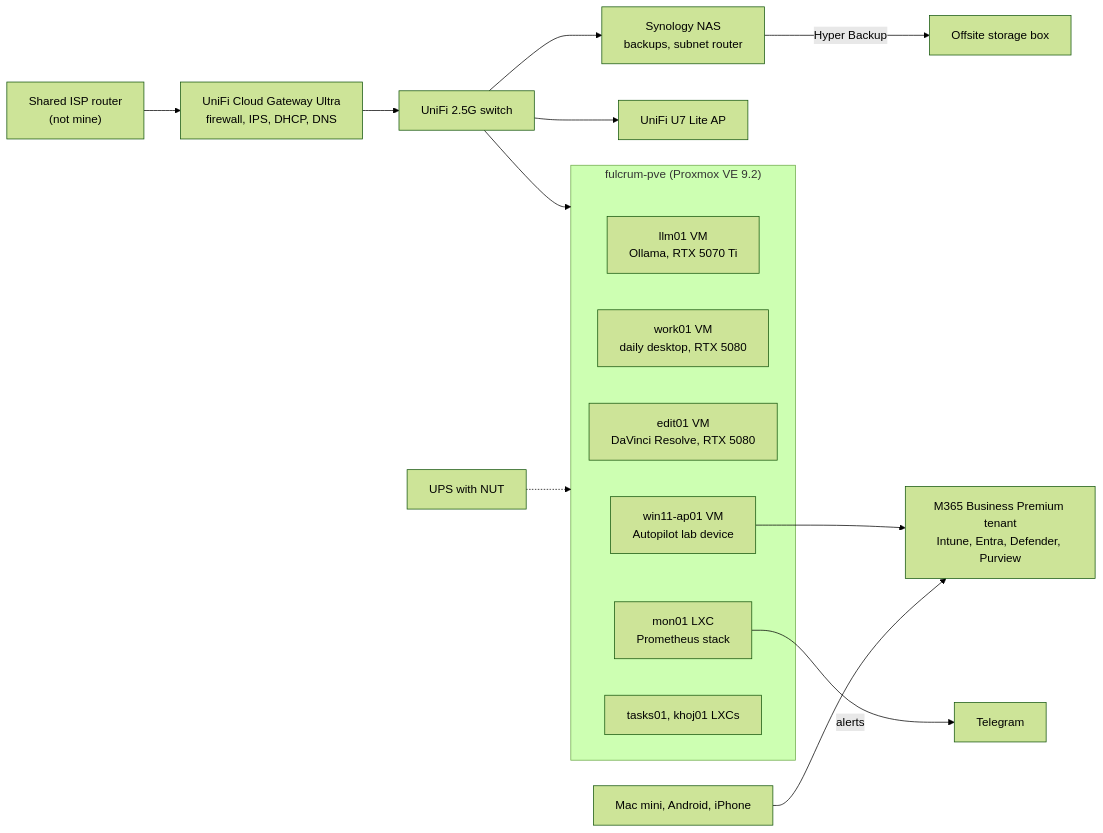
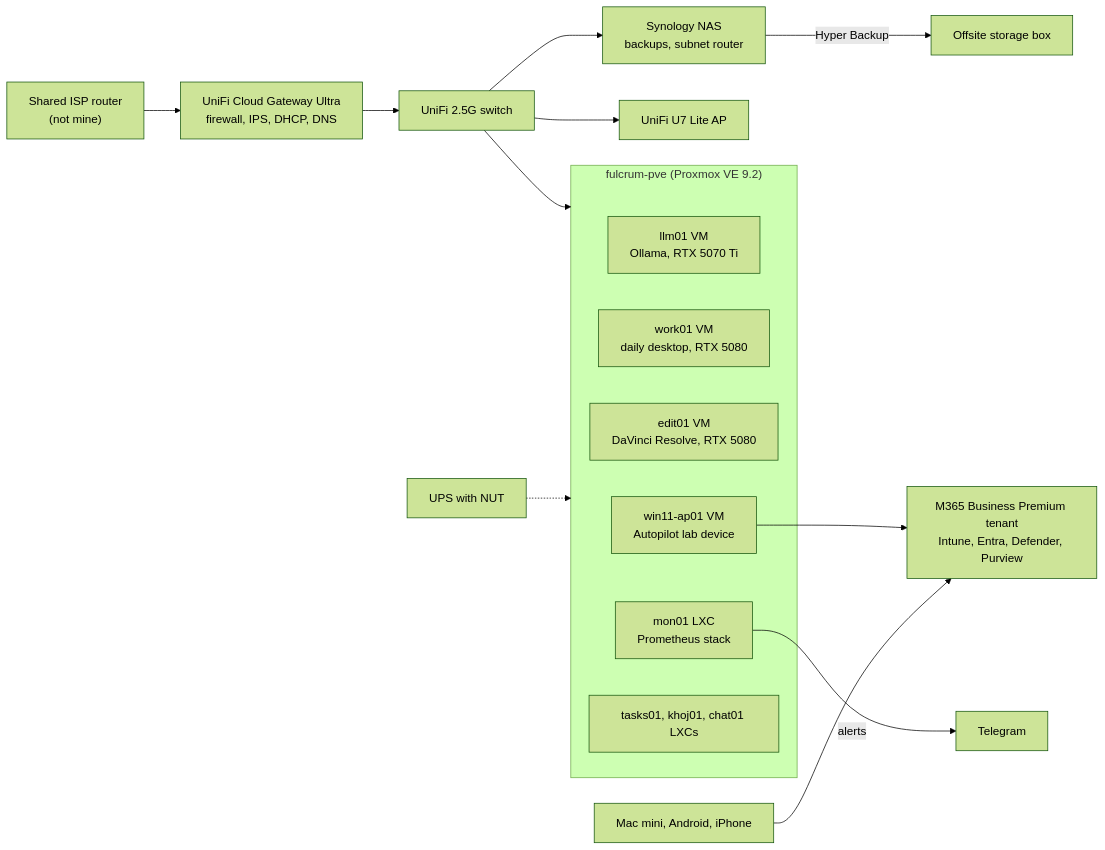
Before and after one commit to jacobollis/homelab: the diagram in README.md, drawn with Mermaid (forest theme). The commit also changed other lines of this file and 7 other files, not shown here.

````diff
--- a/README.md
+++ b/README.md
@@ -32,21 +32,21 @@
 ```mermaid
 flowchart LR
   isp["Shared ISP router<br/>(not mine)"] --> gw["UniFi Cloud Gateway Ultra<br/>firewall, IPS, DHCP, DNS"]
   gw --> sw["UniFi 2.5G switch"]
   sw --> ap["UniFi U7 Lite AP"]
   subgraph host["fulcrum-pve (Proxmox VE 9.2)"]
     llm01["llm01 VM<br/>Ollama, RTX 5070 Ti"]
     work01["work01 VM<br/>daily desktop, RTX 5080"]
     edit01["edit01 VM<br/>DaVinci Resolve, RTX 5080"]
     ap01["win11-ap01 VM<br/>Autopilot lab device"]
     mon01["mon01 LXC<br/>Prometheus stack"]
-    other["tasks01, khoj01 LXCs"]
+    other["tasks01, khoj01, chat01 LXCs"]
   end
   sw --> host
   sw --> nas["Synology NAS<br/>backups, subnet router"]
   ups["UPS with NUT"] -.-> host
   nas -- "Hyper Backup" --> offsite["Offsite storage box"]
   mon01 -- "alerts" --> phone["Telegram"]
   ap01 --> tenant["M365 Business Premium tenant<br/>Intune, Entra, Defender, Purview"]
   devices["Mac mini, Android, iPhone"] --> tenant
 ```
````
